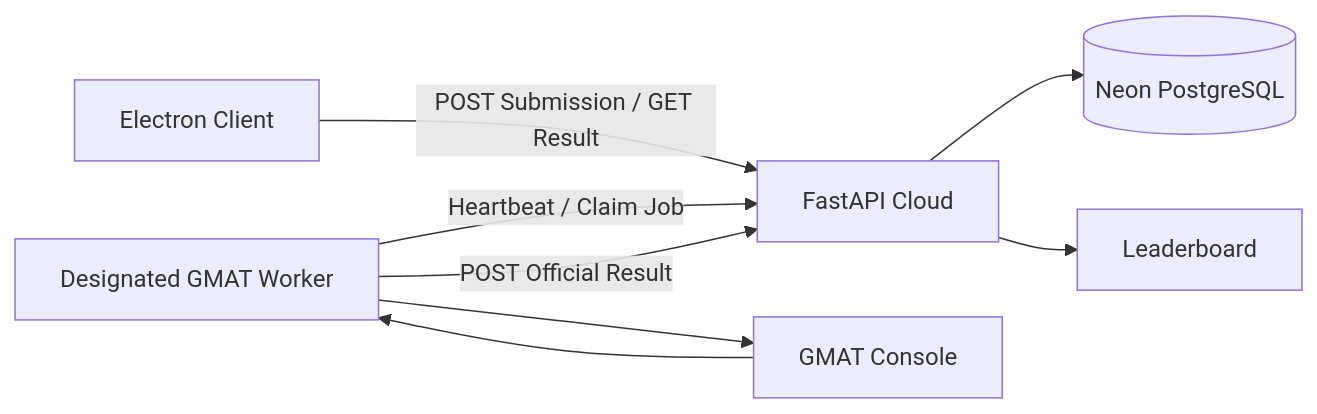
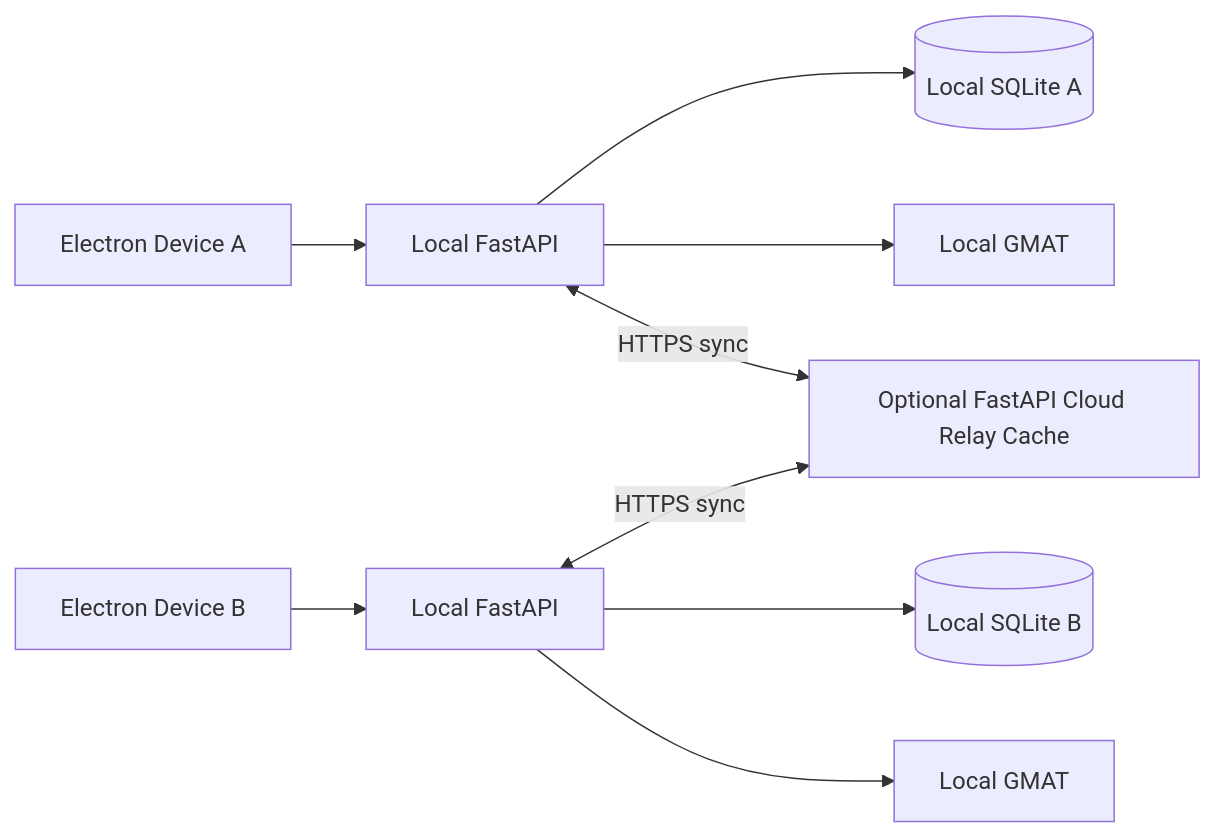
Before and after one commit to NCKURunspace2026/tasa-main-program: the diagram in README.md, drawn with Mermaid. The commit also changed other lines of this file and 37 other files, not shown here.

Commit message:
Adopt local-first SQLite replication

````diff
--- a/README.md
+++ b/README.md
@@ -7,10 +7,13 @@
 ```mermaid
 flowchart LR
-    C[Electron Client] -->|POST Submission / GET Result| A[FastAPI Cloud]
-    A --> N[(Neon PostgreSQL)]
-    W[Designated GMAT Worker] -->|Heartbeat / Claim Job| A
-    W --> G[GMAT Console]
-    G --> W
-    W -->|POST Official Result| A
-    A --> L[Leaderboard]
+    E1[Electron Device A] --> A1[Local FastAPI]
+    A1 --> D1[(Local SQLite A)]
+    A1 --> G1[Local GMAT]
+
+    E2[Electron Device B] --> A2[Local FastAPI]
+    A2 --> D2[(Local SQLite B)]
+    A2 --> G2[Local GMAT]
+
+    A1 <-->|HTTPS sync| R[Optional FastAPI Cloud Relay Cache]
+    A2 <-->|HTTPS sync| R
 ```
````
